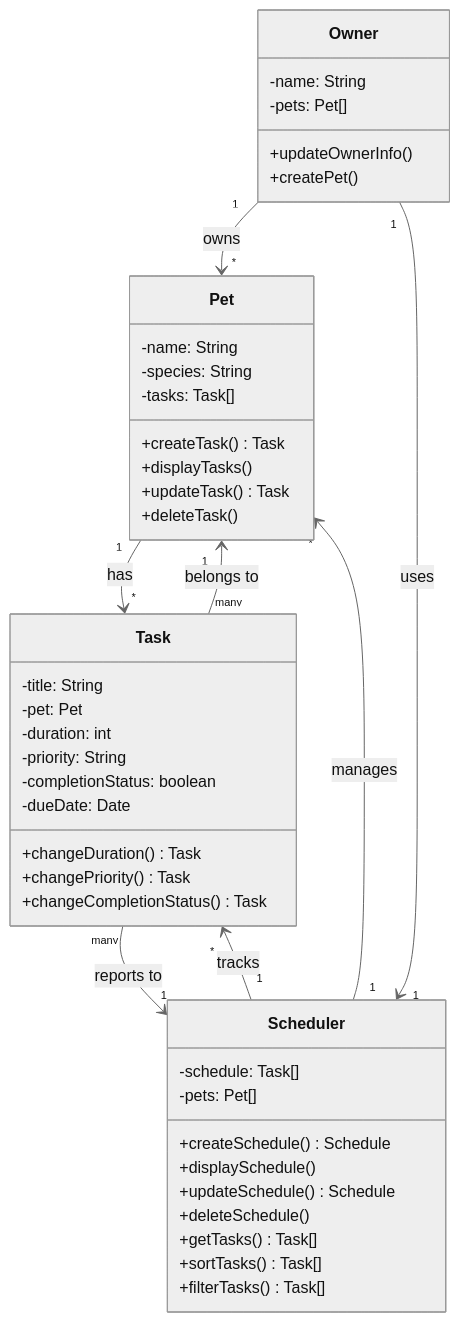
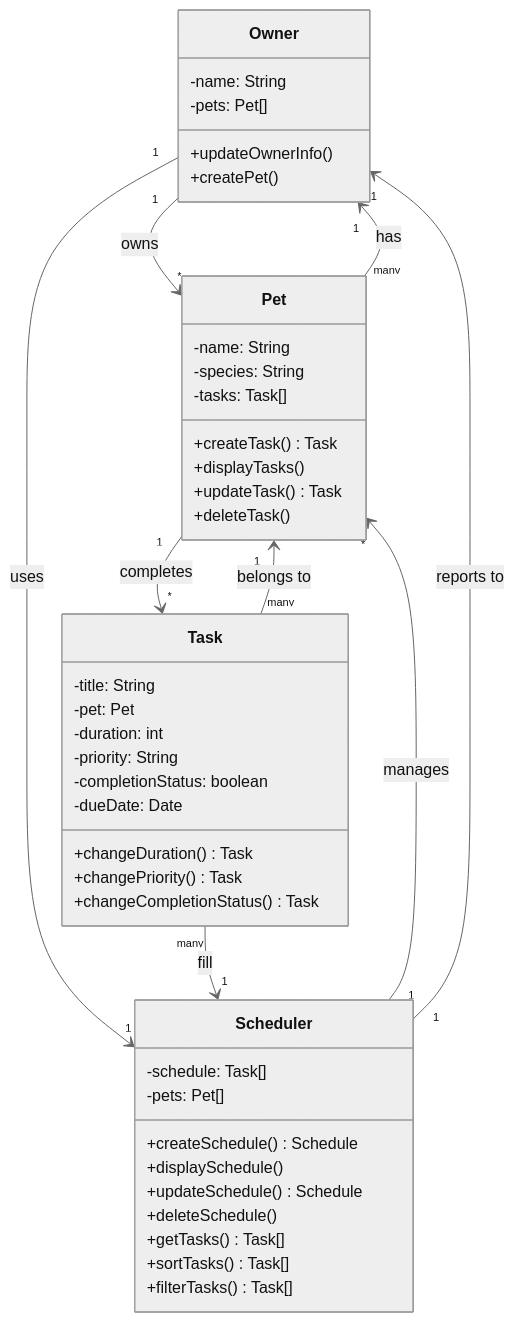
One commit to ftripjr/pawpal-starter changed the diagram in diagrams/uml_draft.mmd. Above: the diagram before and after it, drawn with Mermaid (neutral theme). The commit also changed 3 other files, not shown here.

```diff
--- a/diagrams/uml_draft.mmd
+++ b/diagrams/uml_draft.mmd
@@ -1,49 +1,50 @@
 classDiagram
     class Owner {
         -name: String
         -pets: Pet[]
         +updateOwnerInfo()
         +createPet()
     }
 
     class Pet {
         -name: String
         -species: String
         -tasks: Task[]
         +createTask() Task
         +displayTasks()
         +updateTask() Task
         +deleteTask()
     }
 
     class Task {
         -title: String
         -pet: Pet
         -duration: int
         -priority: String
         -completionStatus: boolean
         -dueDate: Date
         +changeDuration() Task
         +changePriority() Task
         +changeCompletionStatus() Task
     }
 
     class Scheduler {
         -schedule: Task[]
         -pets: Pet[]
         +createSchedule() Schedule
         +displaySchedule()
         +updateSchedule() Schedule
         +deleteSchedule()
         +getTasks() Task[]
         +sortTasks() Task[]
         +filterTasks() Task[]
     }
 
     Owner "1" --> "*" Pet : owns
     Owner "1" --> "1" Scheduler : uses
-    Pet "1" --> "*" Task : has
+    Pet "many" --> "1" Owner : has
+    Pet "1" --> "*" Task : completes
     Task "many" --> "1" Pet : belongs to
+    Task "many" --> "1" Scheduler : fill
     Scheduler "1" --> "*" Pet : manages
-    Scheduler "1" --> "*" Task : tracks
-    Task "many" --> "1" Scheduler : reports to
+    Scheduler "1" --> "1" Owner : reports to
```
